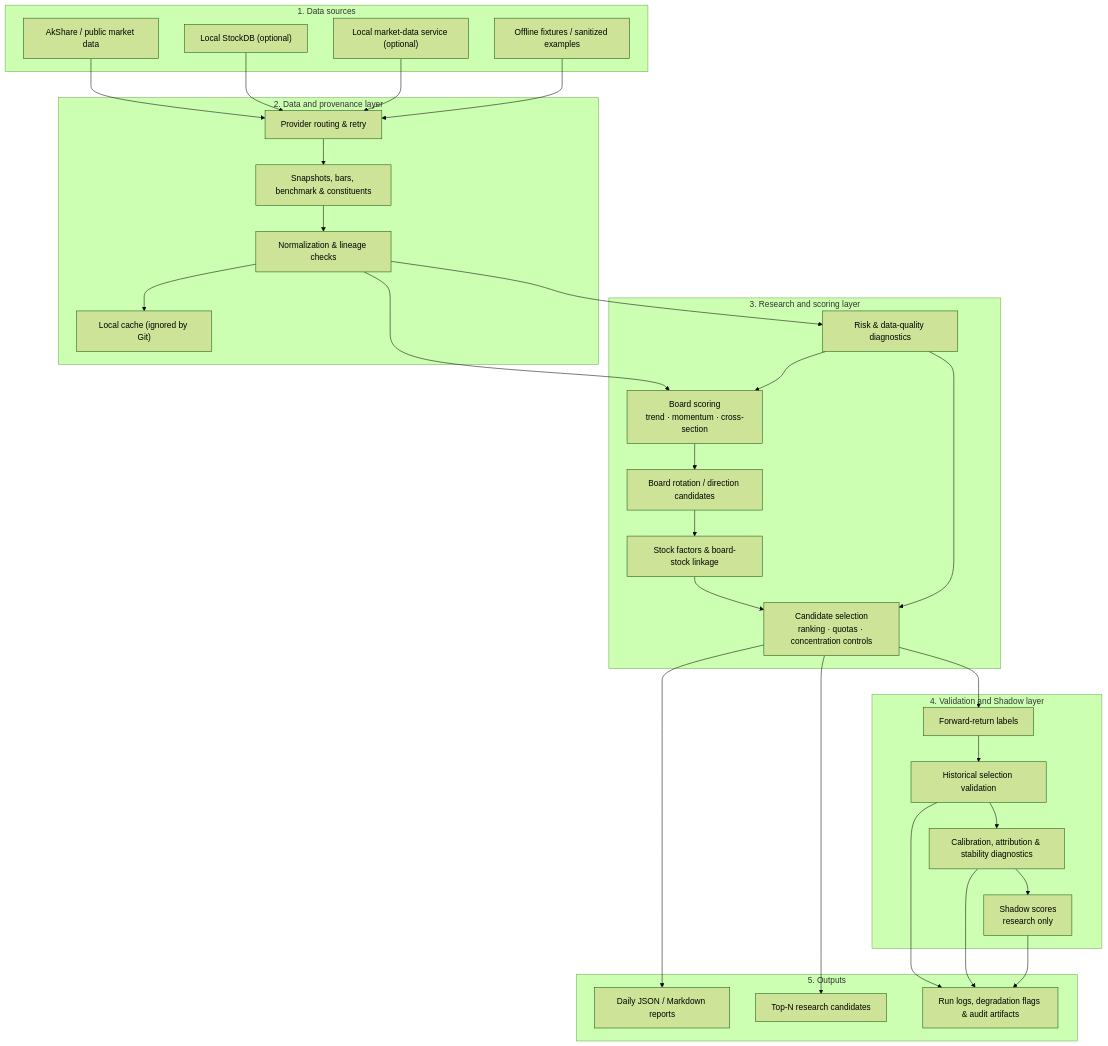
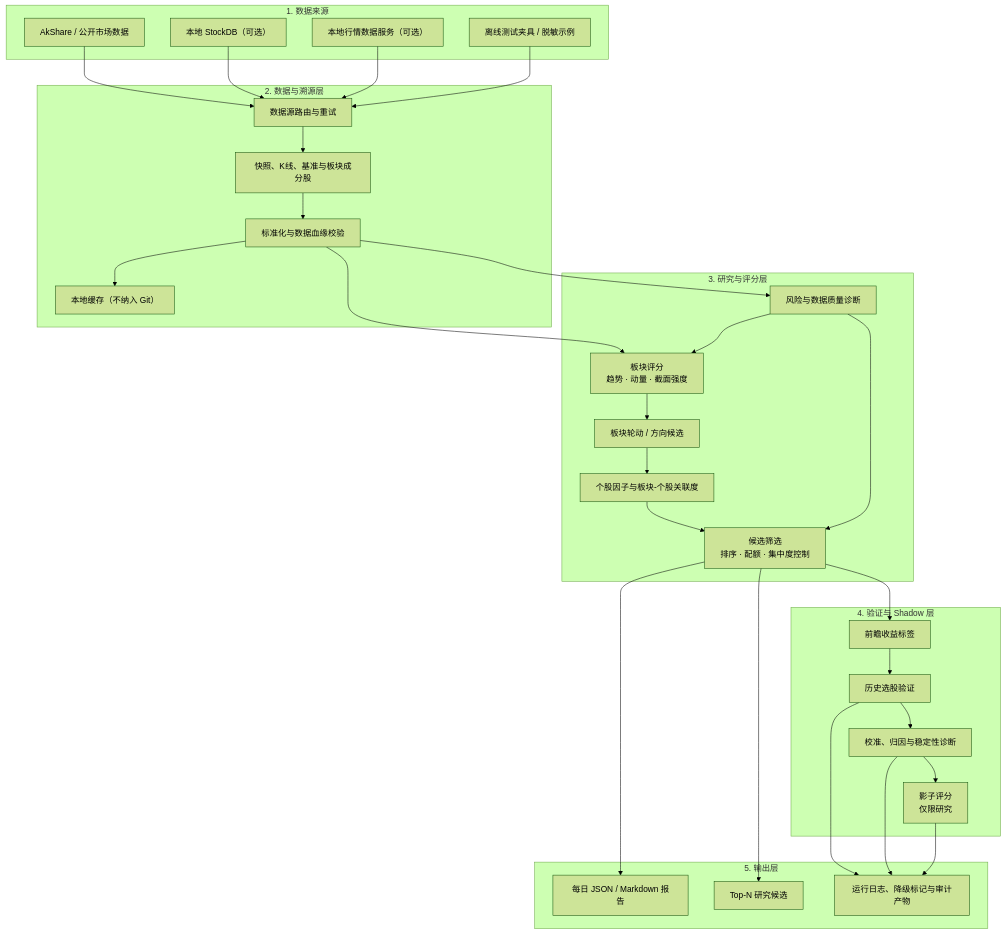
The first of 2 diagrams in README.md (niconico12138/ashare-theme-sector-radar), drawn with Mermaid (forest theme) before and after one commit. The commit also changed other lines of this file, not shown here.

Commit message:
docs: localize README diagrams in Chinese

````diff
--- a/README.md
+++ b/README.md
@@ -25,54 +25,54 @@
 ```mermaid
 flowchart TB
-    subgraph Sources["1. Data sources"]
-        S1["AkShare / public market data"]
-        S2["Local StockDB (optional)"]
-        S3["Local market-data service (optional)"]
-        S4["Offline fixtures / sanitized examples"]
+    subgraph Sources["1. 数据来源"]
+        S1["AkShare / 公开市场数据"]
+        S2["本地 StockDB（可选）"]
+        S3["本地行情数据服务（可选）"]
+        S4["离线测试夹具 / 脱敏示例"]
     end
 
-    subgraph Data["2. Data and provenance layer"]
-        D1["Provider routing & retry"]
-        D2["Snapshots, bars, benchmark & constituents"]
-        D3["Normalization & lineage checks"]
-        D4["Local cache (ignored by Git)"]
+    subgraph Data["2. 数据与溯源层"]
+        D1["数据源路由与重试"]
+        D2["快照、K线、基准与板块成分股"]
+        D3["标准化与数据血缘校验"]
+        D4["本地缓存（不纳入 Git）"]
     end
 
-    subgraph Research["3. Research and scoring layer"]
-        R1["Board scoring\ntrend · momentum · cross-section"]
-        R2["Risk & data-quality diagnostics"]
-        R3["Board rotation / direction candidates"]
-        R4["Stock factors & board-stock linkage"]
-        R5["Candidate selection\nranking · quotas · concentration controls"]
+    subgraph Research["3. 研究与评分层"]
+        R1["板块评分\n趋势 · 动量 · 截面强度"]
+        R2["风险与数据质量诊断"]
+        R3["板块轮动 / 方向候选"]
+        R4["个股因子与板块-个股关联度"]
+        R5["候选筛选\n排序 · 配额 · 集中度控制"]
     end
 
-    subgraph Validation["4. Validation and Shadow layer"]
-        V1["Forward-return labels"]
-        V2["Historical selection validation"]
-        V3["Calibration, attribution & stability diagnostics"]
-        V4["Shadow scores\nresearch only"]
+    subgraph Validation["4. 验证与 Shadow 层"]
+        V1["前瞻收益标签"]
+        V2["历史选股验证"]
+        V3["校准、归因与稳定性诊断"]
+        V4["影子评分\n仅限研究"]
     end
 
-    subgraph Outputs["5. Outputs"]
-        O1["Daily JSON / Markdown reports"]
-        O2["Top-N research candidates"]
-        O3["Run logs, degradation flags & audit artifacts"]
+    subgraph Outputs["5. 输出层"]
+        O1["每日 JSON / Markdown 报告"]
+        O2["Top-N 研究候选"]
+        O3["运行日志、降级标记与审计产物"]
     end
 
     S1 --> D1
     S2 --> D1
     S3 --> D1
     S4 --> D1
     D1 --> D2 --> D3 --> D4
     D3 --> R1
     D3 --> R2
     R1 --> R3 --> R4 --> R5
     R2 --> R1
     R2 --> R5
     R5 --> O1
     R5 --> O2
     R5 --> V1 --> V2 --> V3 --> V4
     V2 --> O3
     V3 --> O3
     V4 --> O3
 ```
````
